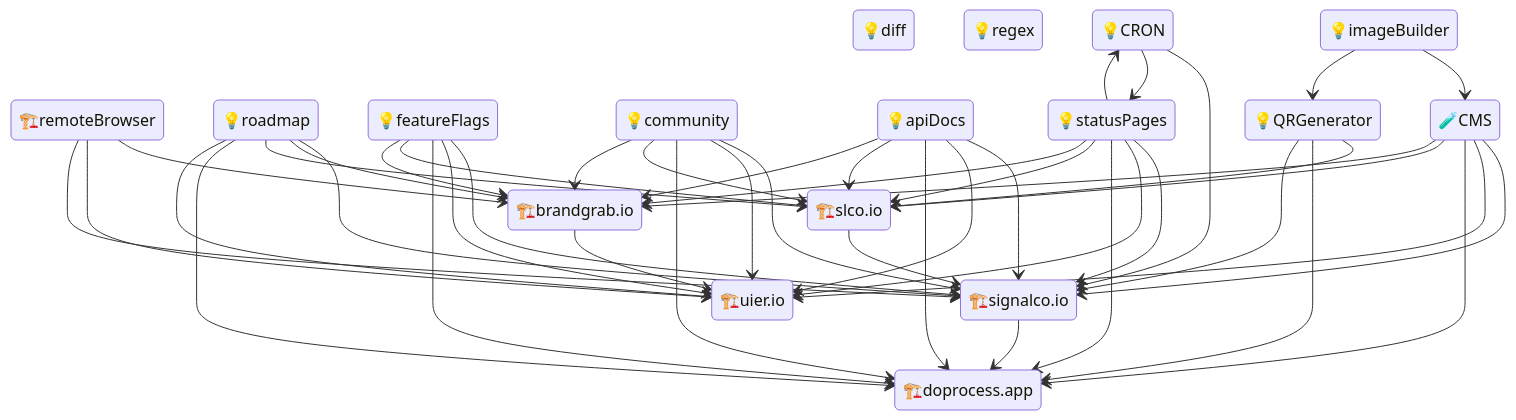
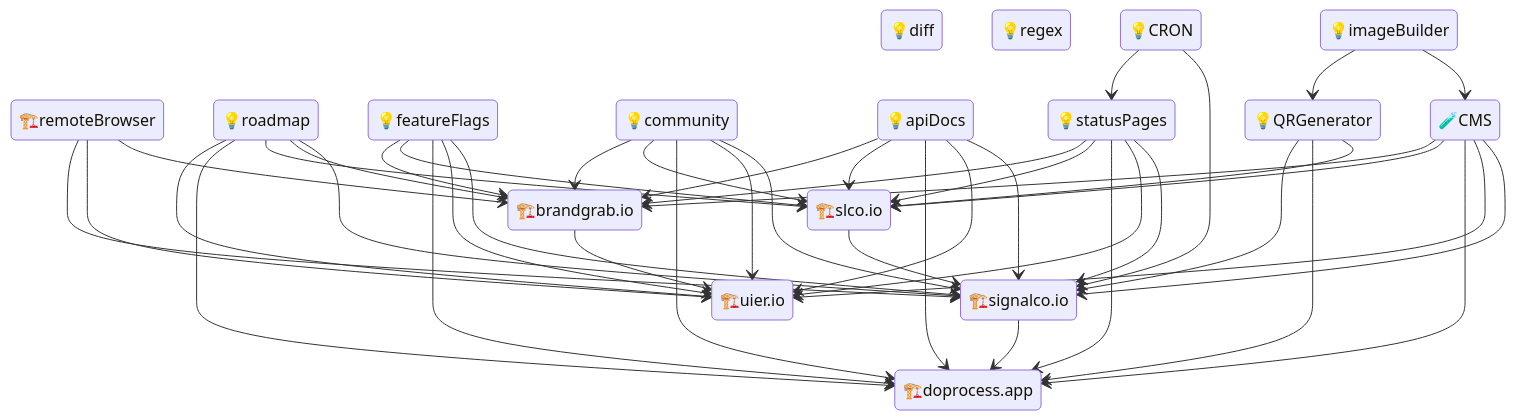
Before and after one commit to signalco-io/signalco: the diagram in CONTRIBUTING.md, drawn with Mermaid.

````diff
--- a/CONTRIBUTING.md
+++ b/CONTRIBUTING.md
@@ -25,82 +25,81 @@
 ```mermaid
 stateDiagram-v2
     🏗️signalco.io
     🏗️signalco.io --> 🏗️doprocess.app
 
     🏗️uier.io
 
     🏗️doprocess.app
     
     🏗️slco.io
     🏗️slco.io --> 🏗️signalco.io
 
     🏗️brandgrab.io
     🏗️brandgrab.io --> 🏗️uier.io
 
     🏗️remoteBrowser
     🏗️remoteBrowser --> 🏗️brandgrab.io
     🏗️remoteBrowser --> 🏗️uier.io
     🏗️remoteBrowser --> 🏗️signalco.io
 
     💡diff
     
     💡regex
     
     💡roadmap
     💡roadmap --> 🏗️signalco.io
     💡roadmap --> 🏗️brandgrab.io
     💡roadmap --> 🏗️slco.io
     💡roadmap --> 🏗️doprocess.app
     💡roadmap --> 🏗️uier.io
 
     💡featureFlags
     💡featureFlags --> 🏗️signalco.io
     💡featureFlags --> 🏗️uier.io
     💡featureFlags --> 🏗️doprocess.app
     💡featureFlags --> 🏗️slco.io
     💡featureFlags --> 🏗️brandgrab.io
     
     💡community
     💡community --> 🏗️signalco.io
     💡community --> 🏗️uier.io
     💡community --> 🏗️doprocess.app
     💡community --> 🏗️slco.io
     💡community --> 🏗️brandgrab.io
     
     💡apiDocs
     💡apiDocs --> 🏗️signalco.io
     💡apiDocs --> 🏗️uier.io
     💡apiDocs --> 🏗️doprocess.app
     💡apiDocs --> 🏗️slco.io
     💡apiDocs --> 🏗️brandgrab.io
     
     💡imageBuilder
     💡imageBuilder --> 🧪CMS
     
     💡QRGenerator
     💡QRGenerator --> 🏗️slco.io
     💡QRGenerator --> 🏗️doprocess.app
     💡QRGenerator --> 🏗️signalco.io
     
     💡imageBuilder --> 💡QRGenerator
     
     🧪CMS
     🧪CMS --> 🏗️signalco.io
     🧪CMS --> 🏗️uier.io
     🧪CMS --> 🏗️doprocess.app
     🧪CMS --> 🏗️slco.io
     🧪CMS --> 🏗️brandgrab.io
     
     💡CRON
     💡CRON --> 🏗️signalco.io
     💡CRON --> 💡statusPages
     
     💡statusPages
-    💡statusPages --> 💡CRON
     💡statusPages --> 🏗️signalco.io
     💡statusPages --> 🏗️uier.io
     💡statusPages --> 🏗️doprocess.app
     💡statusPages --> 🏗️slco.io
     💡statusPages --> 🏗️brandgrab.io
     
 ```
````
